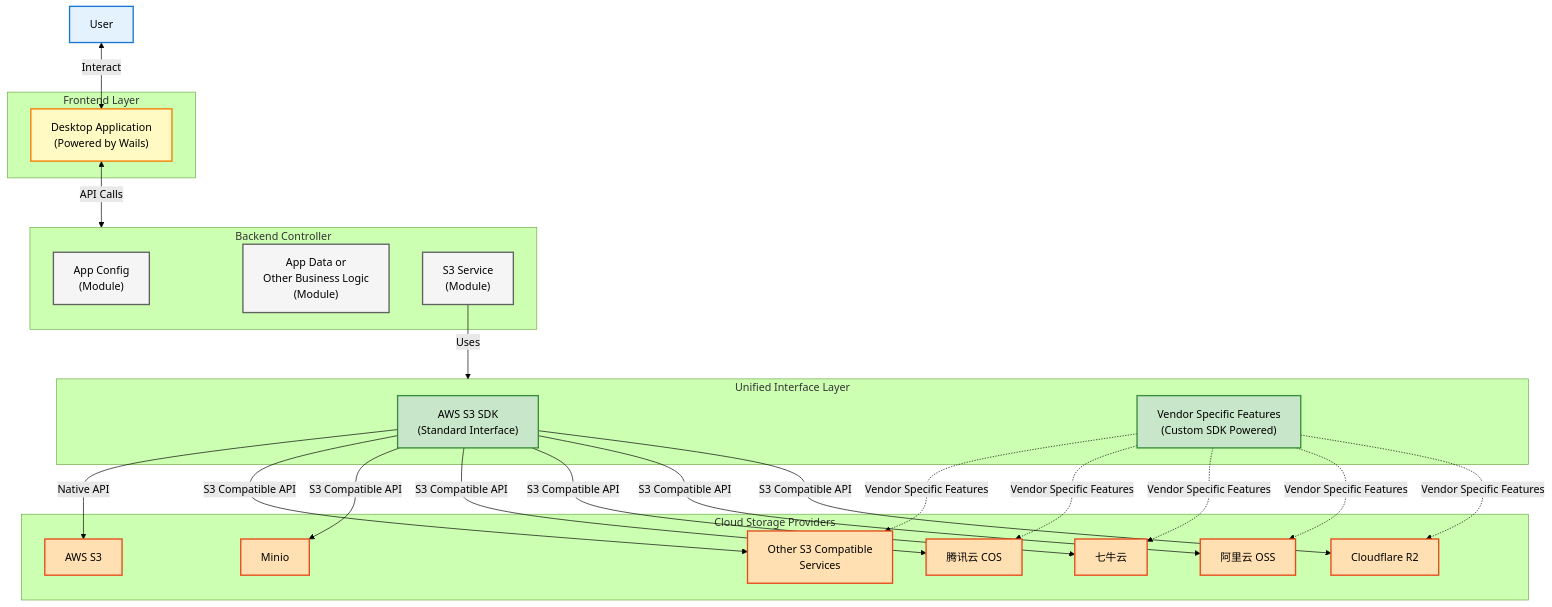
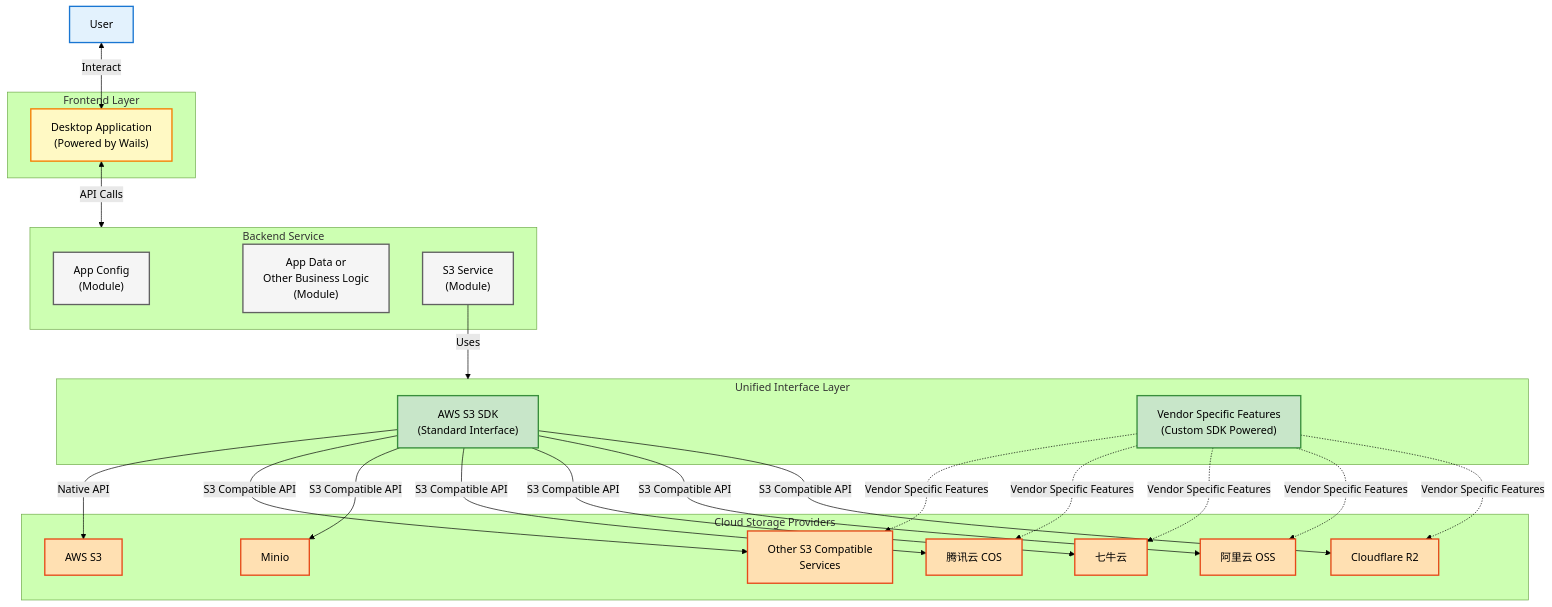
The diagram in README.md (100gle/can), drawn with Mermaid (forest theme) before and after one commit. The commit also changed 1 other file, not shown here.

Commit message:
chore: Update docs and sprint-14

````diff
--- a/README.md
+++ b/README.md
@@ -55,57 +55,57 @@
 ```mermaid
 ---
 config:
   layout: dagre
 ---
 flowchart TB
  User["User"]
  subgraph Frontend["Frontend Layer<br>"]
         Desktop["Desktop Application<br>(Powered by Wails)"]
   end
- subgraph Backend["Backend Controller"]
+ subgraph Backend["Backend Service"]
         Config["App Config<br>(Module)"]
         Logic["App Data or<br>Other Business Logic<br>(Module)"]
         S3Service["S3 Service<br>(Module)"]
   end
  subgraph UnifiedInterface["Unified Interface Layer"]
         AWSSDK["AWS S3 SDK<br>(Standard Interface)"]
         VendorSDK["Vendor Specific Features<br>(Custom SDK Powered)"]
   end
  subgraph Providers["Cloud Storage Providers"]
         CF["Cloudflare R2"]
         AliOSS["阿里云 OSS"]
         QiNiu["七牛云"]
         TencentCOS["腾讯云 COS"]
         AWSS3["AWS S3"]
         Minio["Minio"]
         Other["Other S3 Compatible<br>Services"]
   end
     User <-- Interact --> Desktop
     Desktop <-- API Calls --> Backend
     %% Config -. Configuration .- S3Service
     %% Logic -. Business Logic .-> S3Service
     S3Service -- Uses --> UnifiedInterface
     AWSSDK -- S3 Compatible API --> CF & AliOSS & QiNiu & TencentCOS & Minio & Other
     AWSSDK -- Native API --> AWSS3
     VendorSDK -. Vendor Specific Features .-> CF & AliOSS & QiNiu & TencentCOS & Other
 
      User:::userStyle
      Desktop:::frontendStyle
      Config:::backendStyle
      Logic:::backendStyle
      S3Service:::backendStyle
      AWSSDK:::interfaceStyle
      VendorSDK:::interfaceStyle
      CF:::providerStyle
      AliOSS:::providerStyle
      QiNiu:::providerStyle
      TencentCOS:::providerStyle
      AWSS3:::providerStyle
      Minio:::providerStyle
      Other:::providerStyle
     classDef userStyle fill:#e3f2fd,stroke:#1976d2,stroke-width:2px,color:#000
     classDef frontendStyle fill:#fff9c4,stroke:#f57c00,stroke-width:2px,color:#000
     classDef backendStyle fill:#f5f5f5,stroke:#616161,stroke-width:2px,color:#000
     classDef interfaceStyle fill:#c8e6c9,stroke:#388e3c,stroke-width:2px,color:#000
     classDef providerStyle fill:#ffe0b2,stroke:#e64a19,stroke-width:2px,color:#000
 ```
````
